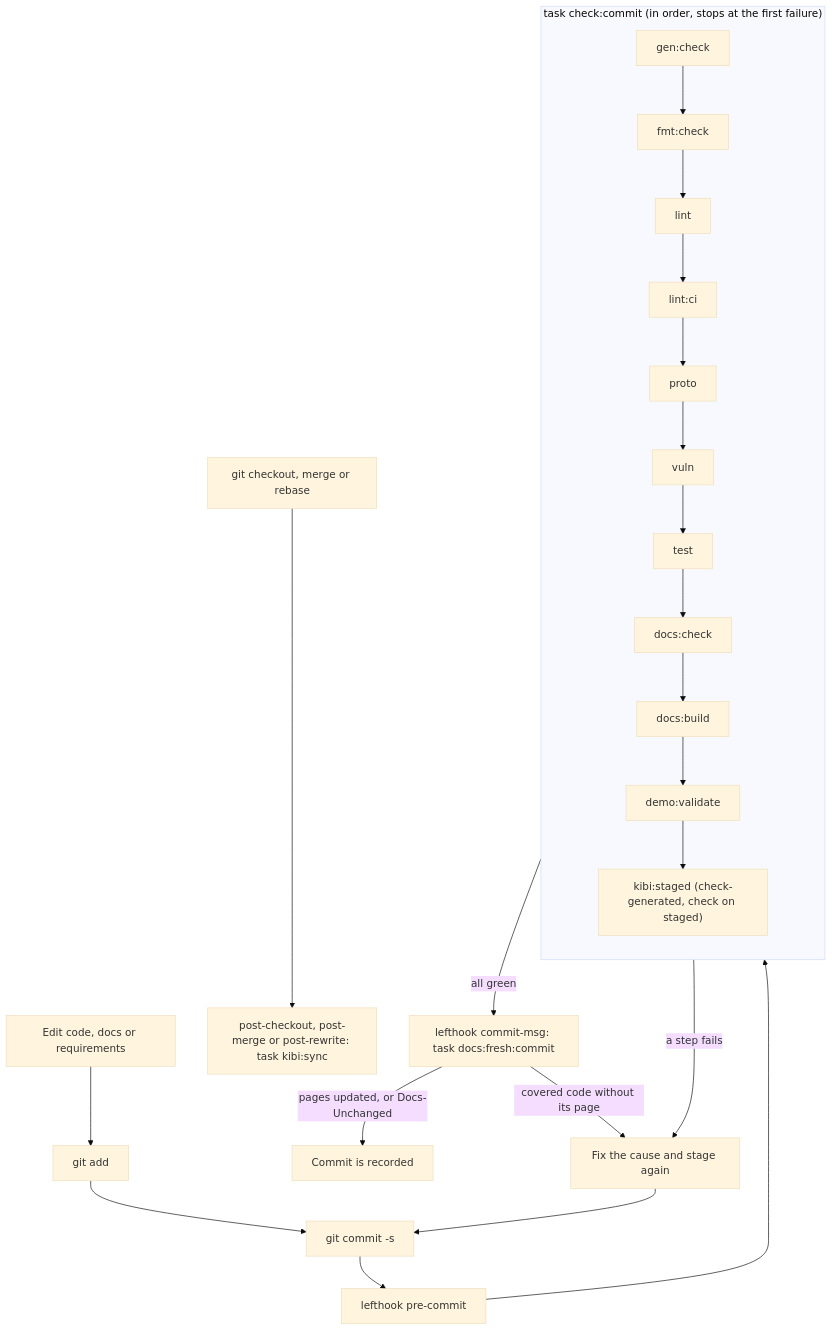
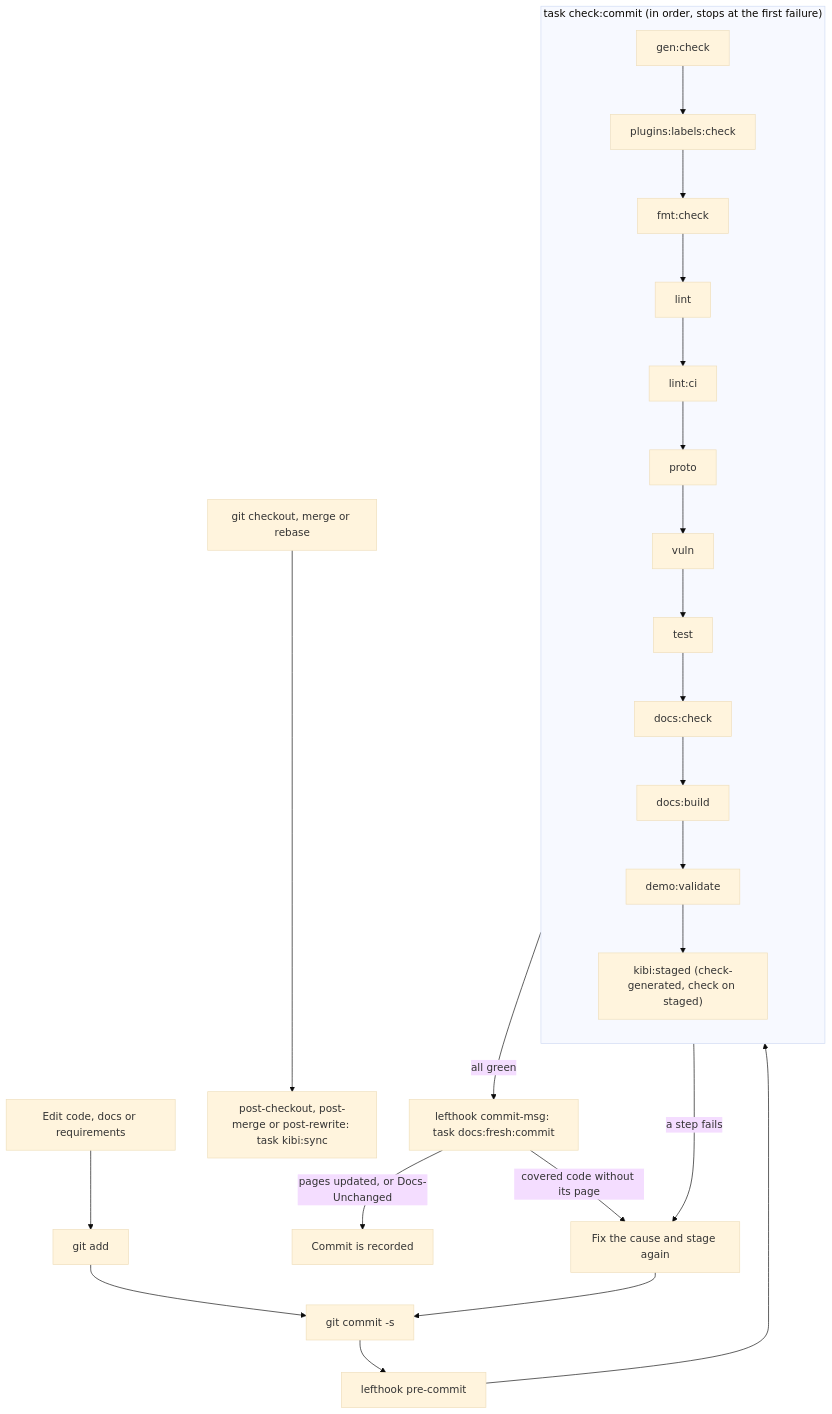
One commit to arkadiuss/openfief changed the second of 5 diagrams in docs/dev/pipeline.md. Above: the diagram before and after it, drawn with Mermaid (base theme). The commit also changed other lines of this file and 129 other files, not shown here.

````diff
--- a/docs/dev/pipeline.md
+++ b/docs/dev/pipeline.md
@@ -99,18 +100,18 @@
 ```mermaid
 flowchart TD
   edit["Edit code, docs or requirements"] --> add["git add"]
   add --> commit["git commit -s"]
   commit --> hook["lefthook pre-commit"]
   hook --> cc
   subgraph cc["task check:commit (in order, stops at the first failure)"]
     direction TB
-    gen["gen:check"] --> fmt["fmt:check"] --> lint["lint"] --> lintci["lint:ci"] --> proto["proto"]
+    gen["gen:check"] --> labels["plugins:labels:check"] --> fmt["fmt:check"] --> lint["lint"] --> lintci["lint:ci"] --> proto["proto"]
     proto --> vuln["vuln"] --> test["test"] --> docs["docs:check"] --> site["docs:build"] --> dv["demo:validate"] --> kibi["kibi:staged (check-generated, check on staged)"]
   end
   cc -->|"all green"| msg["lefthook commit-msg: task docs:fresh:commit"]
   msg -->|"pages updated, or Docs-Unchanged"| done["Commit is recorded"]
   msg -->|"covered code without its page"| fix
   cc -->|"a step fails"| fix["Fix the cause and stage again"]
   fix --> commit
   switch["git checkout, merge or rebase"] --> sync["post-checkout, post-merge or post-rewrite: task kibi:sync"]
 ```
````
